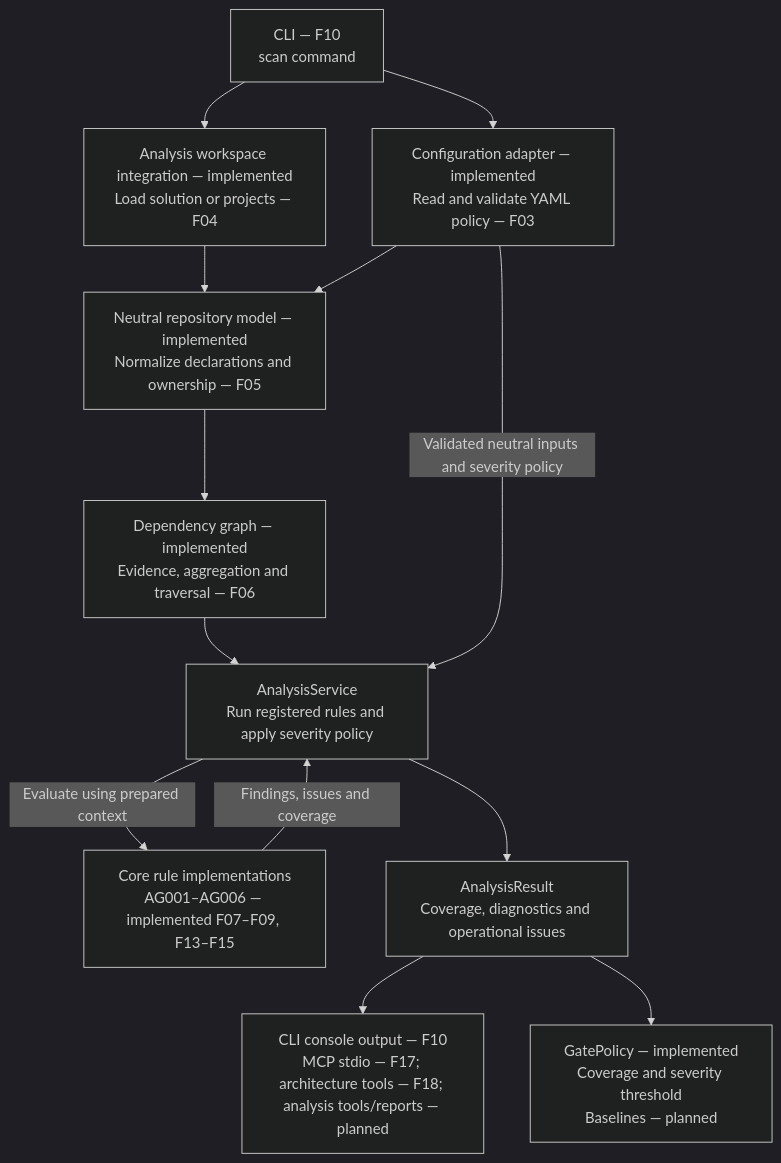
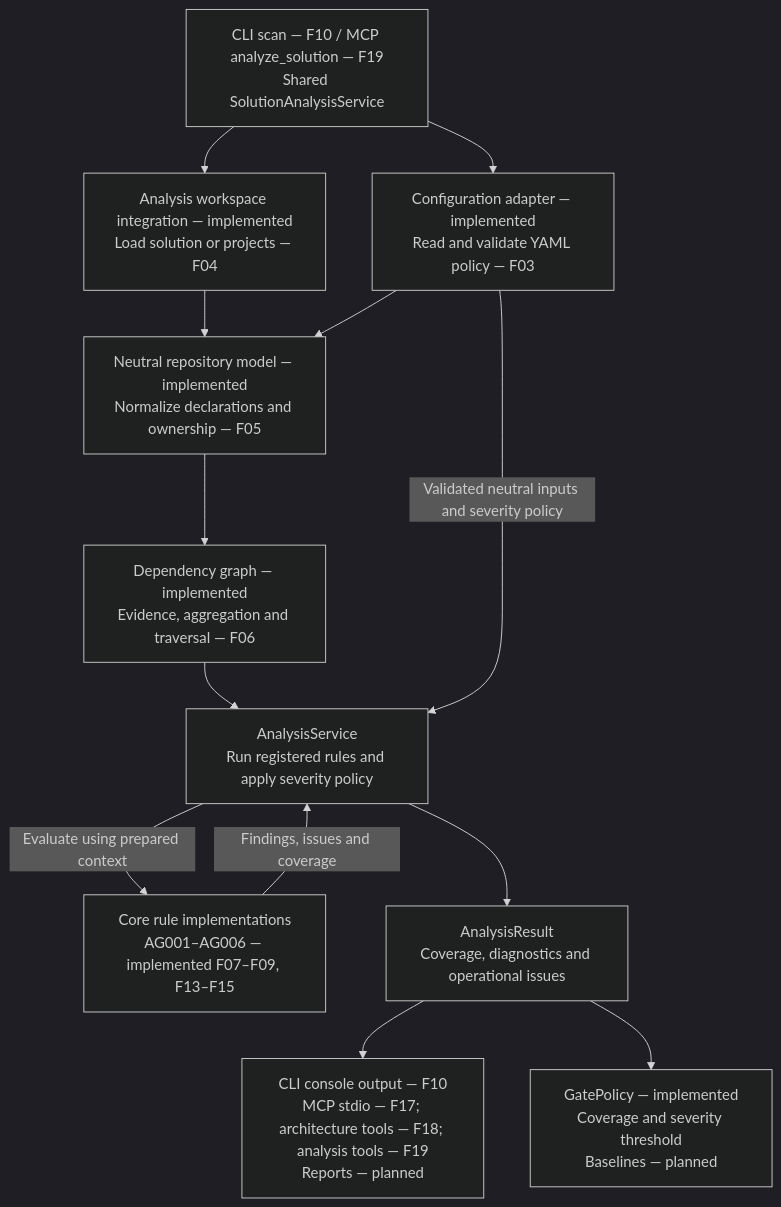
Before and after one commit to kbourzayq/arch-guard: the second of 3 diagrams in docs/architecture/overview.md, drawn with Mermaid (dark theme). The commit also changed other lines of this file and 14 other files, not shown here.

First line of the commit message:
feat(mcp): expose solution and change analysis tools

````diff
--- a/docs/architecture/overview.md
+++ b/docs/architecture/overview.md
@@ -150,26 +152,26 @@
 ```mermaid
 flowchart TD
-    Host["CLI — F10<br/>scan command"]
+    Host["CLI scan — F10 / MCP analyze_solution — F19<br/>Shared SolutionAnalysisService"]
     Configuration["Configuration adapter — implemented<br/>Read and validate YAML policy — F03"]
     Workspace["Analysis workspace integration — implemented<br/>Load solution or projects — F04"]
     Context["Neutral repository model — implemented<br/>Normalize declarations and ownership — F05"]
     Graph["Dependency graph — implemented<br/>Evidence, aggregation and traversal — F06"]
     Service["AnalysisService<br/>Run registered rules and apply severity policy"]
     Rules["Core rule implementations<br/>AG001–AG006 — implemented F07–F09, F13–F15"]
     Result["AnalysisResult<br/>Coverage, diagnostics and operational issues"]
-    Output["CLI console output — F10<br/>MCP stdio — F17; architecture tools — F18; analysis tools/reports — planned"]
+    Output["CLI console output — F10<br/>MCP stdio — F17; architecture tools — F18; analysis tools — F19<br/>Reports — planned"]
     Gate["GatePolicy — implemented<br/>Coverage and severity threshold<br/>Baselines — planned"]
 
     Host --> Configuration
     Host --> Workspace
     Workspace --> Context
     Configuration --> Context
     Context --> Graph
     Graph --> Service
     Configuration -->|"Validated neutral inputs and severity policy"| Service
     Service -->|"Evaluate using prepared context"| Rules
     Rules -->|"Findings, issues and coverage"| Service
     Service --> Result
     Result --> Output
     Result --> Gate
 ```
````
